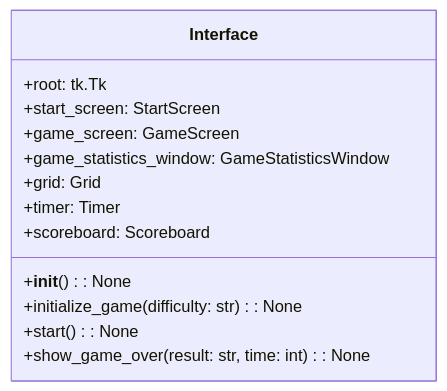
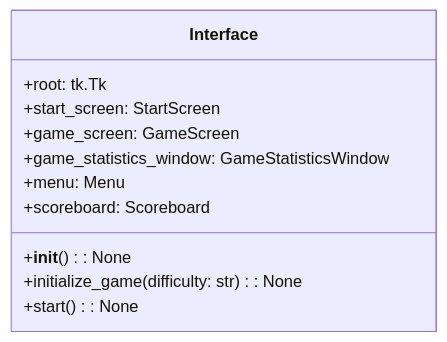
The second of 11 diagrams in docs/class_diagrams/init.md (yu8ikmnbgt6y/chatgpt_minesweeper), drawn with Mermaid before and after one commit. The commit also changed other lines of this file and 2 other files, not shown here.

Commit message:
update class diagram

````diff
--- a/docs/class_diagrams/init.md
+++ b/docs/class_diagrams/init.md
@@ -2,17 +15,15 @@
 ```mermaid
 classDiagram
     class Interface {
         +root: tk.Tk
         +start_screen: StartScreen
         +game_screen: GameScreen
         +game_statistics_window: GameStatisticsWindow
-        +grid: Grid
-        +timer: Timer
+        +menu: Menu
         +scoreboard: Scoreboard
 
         +__init__(): None
         +initialize_game(difficulty: str): None
         +start(): None
-        +show_game_over(result: str, time: int): None
     }
 ```
````
